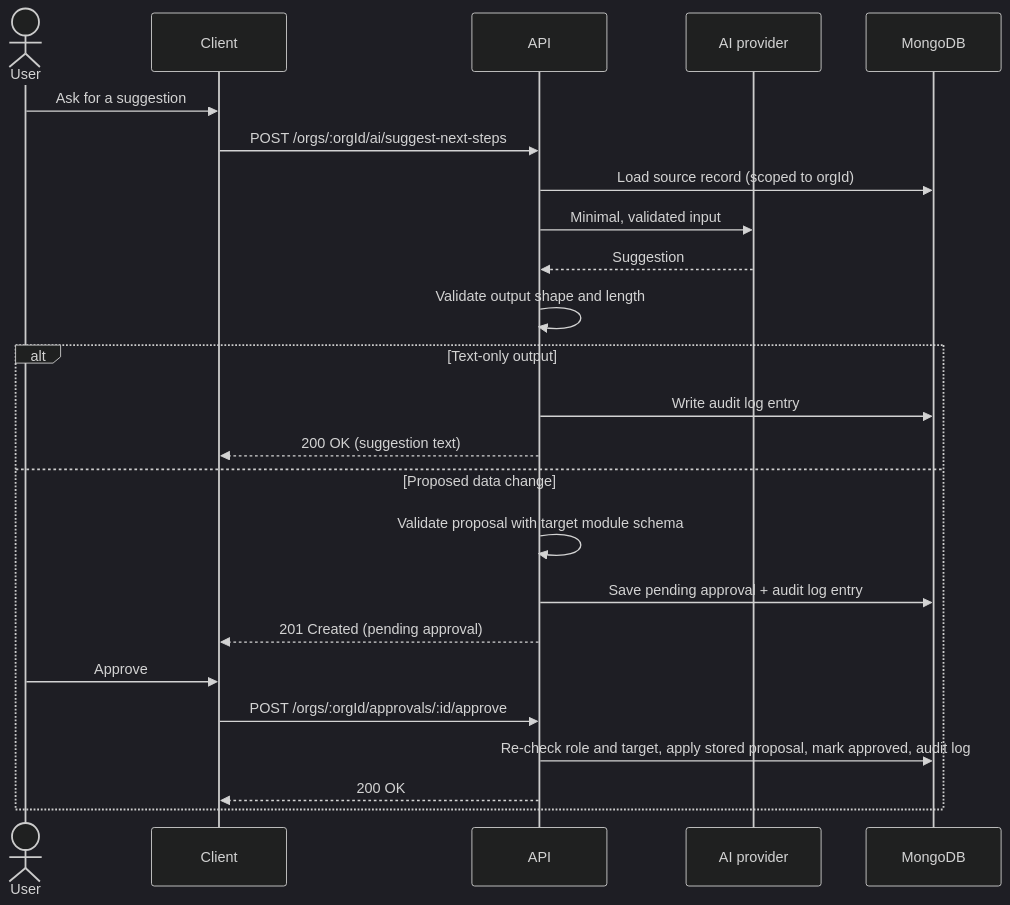
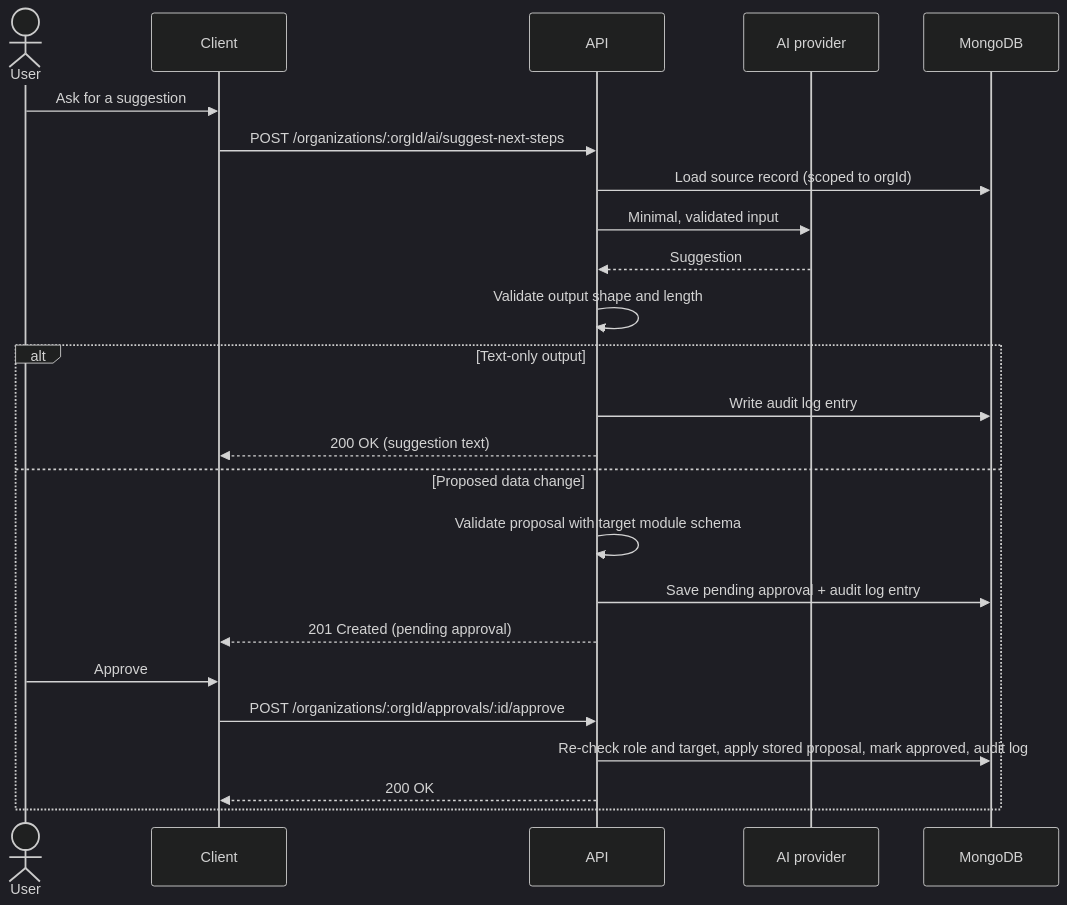
The second of 2 diagrams in docs/ARCHITECTURE.md (sudhanshuthakur108-cpu/opspilot-ai), drawn with Mermaid (dark theme) before and after one commit. The commit also changed other lines of this file and 12 other files, not shown here.

````diff
--- a/docs/ARCHITECTURE.md
+++ b/docs/ARCHITECTURE.md
@@ -141,27 +149,27 @@
 ```mermaid
 sequenceDiagram
     actor U as User
     participant C as Client
     participant A as API
     participant P as AI provider
     participant D as MongoDB
 
     U->>C: Ask for a suggestion
-    C->>A: POST /orgs/:orgId/ai/suggest-next-steps
+    C->>A: POST /organizations/:orgId/ai/suggest-next-steps
     A->>D: Load source record (scoped to orgId)
     A->>P: Minimal, validated input
     P-->>A: Suggestion
     A->>A: Validate output shape and length
     alt Text-only output
         A->>D: Write audit log entry
         A-->>C: 200 OK (suggestion text)
     else Proposed data change
         A->>A: Validate proposal with target module schema
         A->>D: Save pending approval + audit log entry
         A-->>C: 201 Created (pending approval)
         U->>C: Approve
-        C->>A: POST /orgs/:orgId/approvals/:id/approve
+        C->>A: POST /organizations/:orgId/approvals/:id/approve
         A->>D: Re-check role and target, apply stored proposal, mark approved, audit log
         A-->>C: 200 OK
     end
 ```
````
